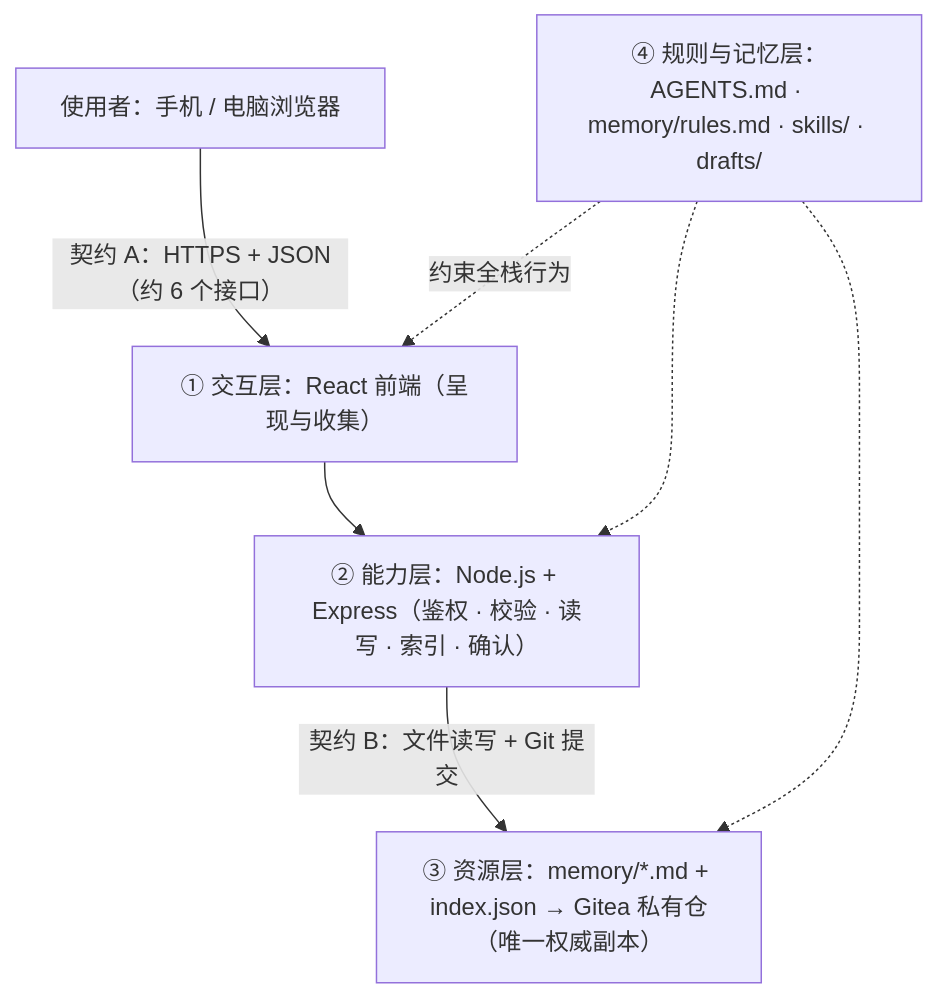
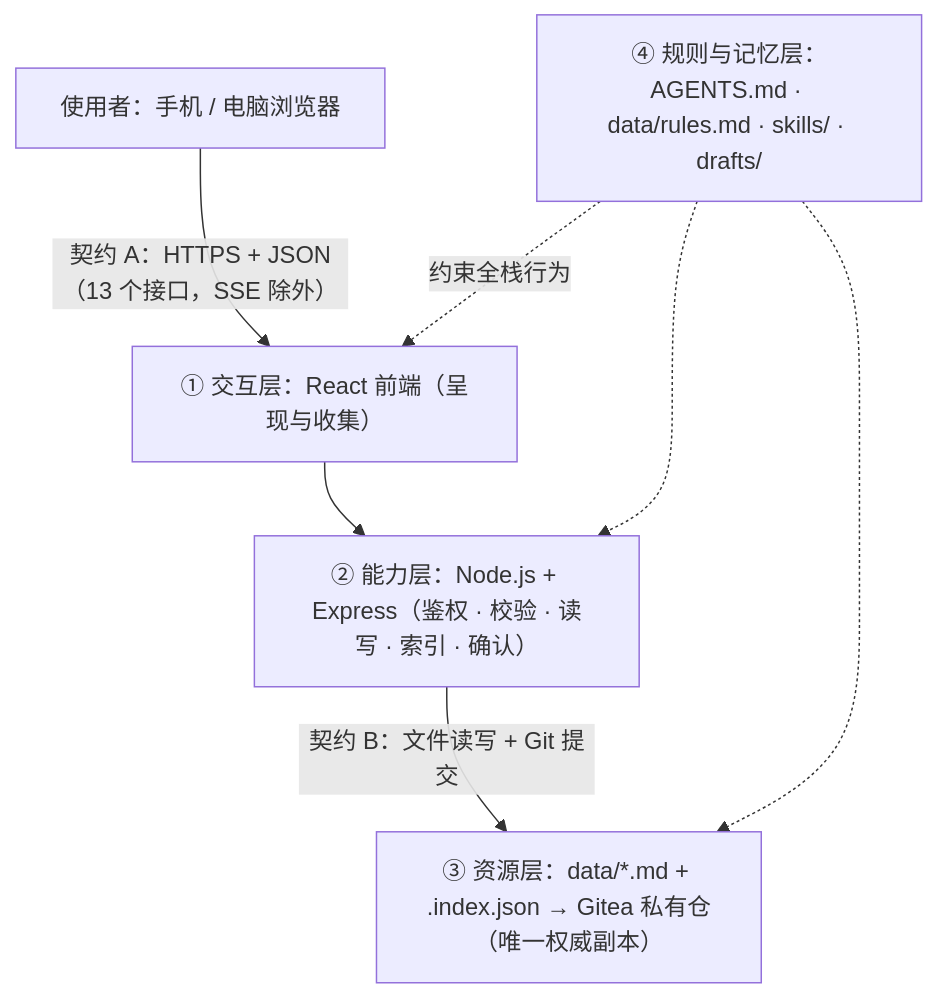
The fifth of 5 diagrams in TECH_DESIGN.md (XingHo-VibeCoding/vbcd), drawn with Mermaid before and after one commit. The commit also changed other lines of this file and 4 other files, not shown here.

````diff
--- a/TECH_DESIGN.md
+++ b/TECH_DESIGN.md
@@ -123,9 +119,9 @@
 ```mermaid
 flowchart TB
-    U["使用者：手机 / 电脑浏览器"] -->|"契约 A：HTTPS + JSON（约 6 个接口）"| A["① 交互层：React 前端（呈现与收集）"]
+    U["使用者：手机 / 电脑浏览器"] -->|"契约 A：HTTPS + JSON（13 个接口，SSE 除外）"| A["① 交互层：React 前端（呈现与收集）"]
     A --> B["② 能力层：Node.js + Express（鉴权 · 校验 · 读写 · 索引 · 确认）"]
-    B -->|"契约 B：文件读写 + Git 提交"| C["③ 资源层：memory/*.md + index.json → Gitea 私有仓（唯一权威副本）"]
-    D["④ 规则与记忆层：AGENTS.md · memory/rules.md · skills/ · drafts/"] -.->|"约束全栈行为"| A
+    B -->|"契约 B：文件读写 + Git 提交"| C["③ 资源层：data/*.md + .index.json → Gitea 私有仓（唯一权威副本）"]
+    D["④ 规则与记忆层：AGENTS.md · data/rules.md · skills/ · drafts/"] -.->|"约束全栈行为"| A
     D -.-> B
     D -.-> C
 ```
````
